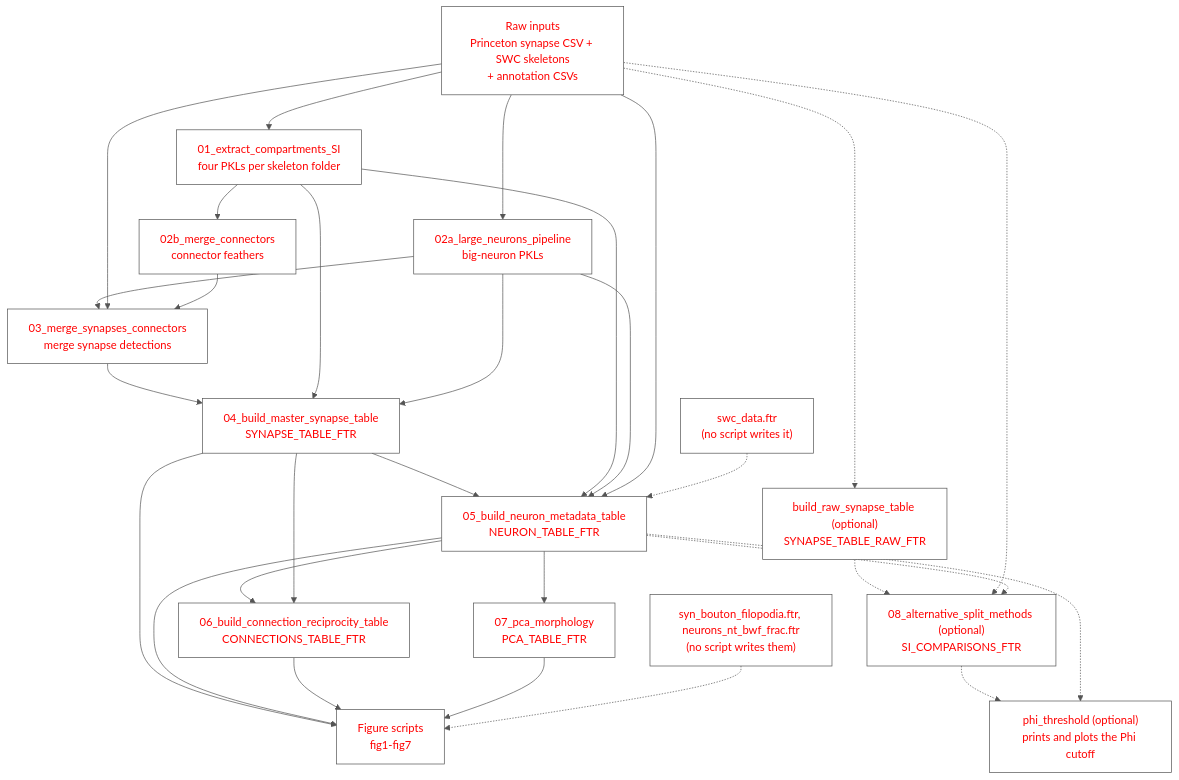
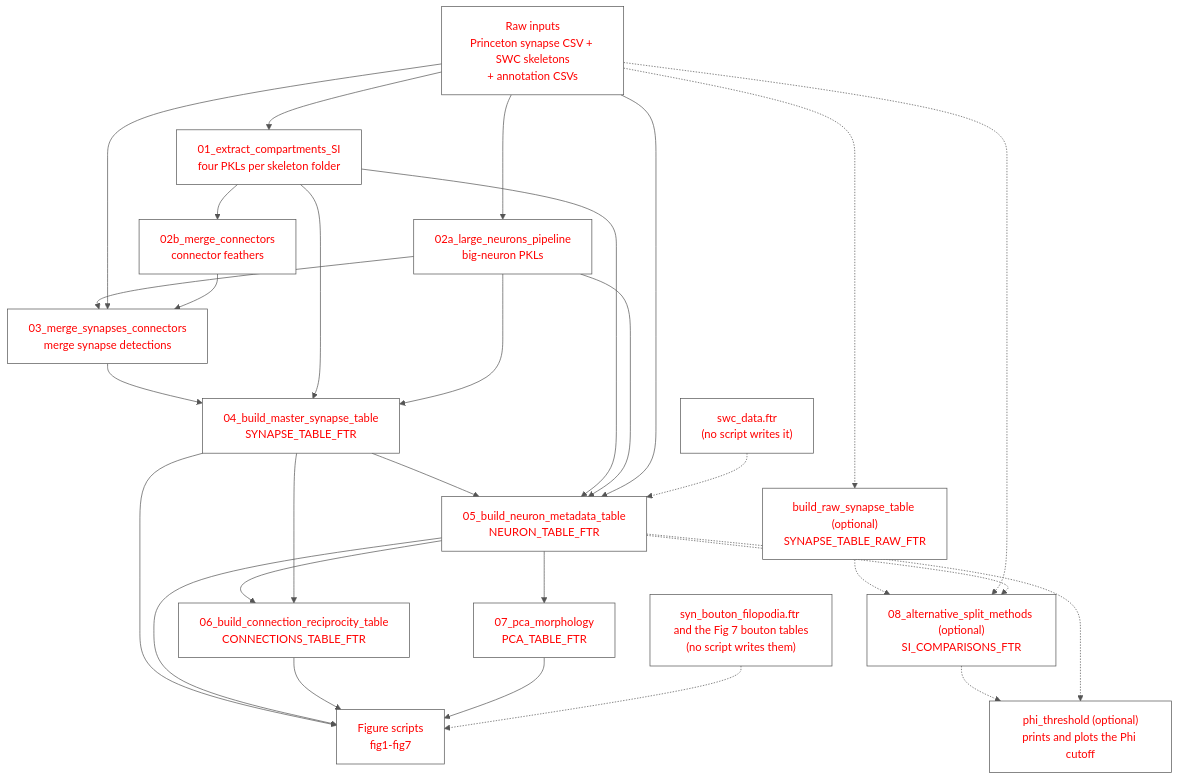
The diagram in docs/pipeline_overview.md (deutschlab/mixed-polarity-paper), drawn with Mermaid before and after one commit. The commit also changed 18 other files, not shown here.

Commit message:
Add the seven Fig 7 panel scripts ported from Majd's originals, with tools that make and check them, and update config and docs

````diff
--- a/docs/pipeline_overview.md
+++ b/docs/pipeline_overview.md
@@ -14,44 +14,44 @@
 ```mermaid
 %%{init: {'theme': 'base', 'themeVariables': {'primaryColor': '#ffffff', 'primaryTextColor': '#ff0000', 'primaryBorderColor': '#555555', 'lineColor': '#555555'}}}%%
 flowchart TD
     RAW["Raw inputs\nPrinceton synapse CSV + SWC skeletons\n+ annotation CSVs"]
     S01["01_extract_compartments_SI\nfour PKLs per skeleton folder"]
     S02A["02a_large_neurons_pipeline\nbig-neuron PKLs"]
     S02B["02b_merge_connectors\nconnector feathers"]
     S03["03_merge_synapses_connectors\nmerge synapse detections"]
     S04["04_build_master_synapse_table\nSYNAPSE_TABLE_FTR"]
     S05["05_build_neuron_metadata_table\nNEURON_TABLE_FTR"]
     S06["06_build_connection_reciprocity_table\nCONNECTIONS_TABLE_FTR"]
     S07["07_pca_morphology\nPCA_TABLE_FTR"]
     S08["08_alternative_split_methods (optional)\nSI_COMPARISONS_FTR"]
     FIGS["Figure scripts\nfig1-fig7"]
 
     RAW --> S01
     RAW --> S02A
     S01 --> S02B
     S02A --> S03
     RAW --> S03
     S02B --> S03
     S03 --> S04
     S01 --> S04
     S02A --> S04
     S04 --> S05
     S01 --> S05
     S02A --> S05
     RAW --> S05
     S05 --> S06
     S04 --> S06
     S05 --> S07
     S04 --> FIGS
     S05 --> FIGS
     S06 --> FIGS
     S07 --> FIGS
     RAW -.-> BUILDRAW["build_raw_synapse_table (optional)\nSYNAPSE_TABLE_RAW_FTR"]
     BUILDRAW -.-> S08
     SWCDATA["swc_data.ftr\n(no script writes it)"] -.-> S05
-    FILO["syn_bouton_filopodia.ftr, neurons_nt_bwf_frac.ftr\n(no script writes them)"] -.-> FIGS
+    FILO["syn_bouton_filopodia.ftr and the Fig 7 bouton tables\n(no script writes them)"] -.-> FIGS
     RAW -.-> S08
     S05 -.-> S08
     S08 -.-> PHI["phi_threshold (optional)\nprints and plots the Phi cutoff"]
     S05 -.-> PHI
 ```
````
